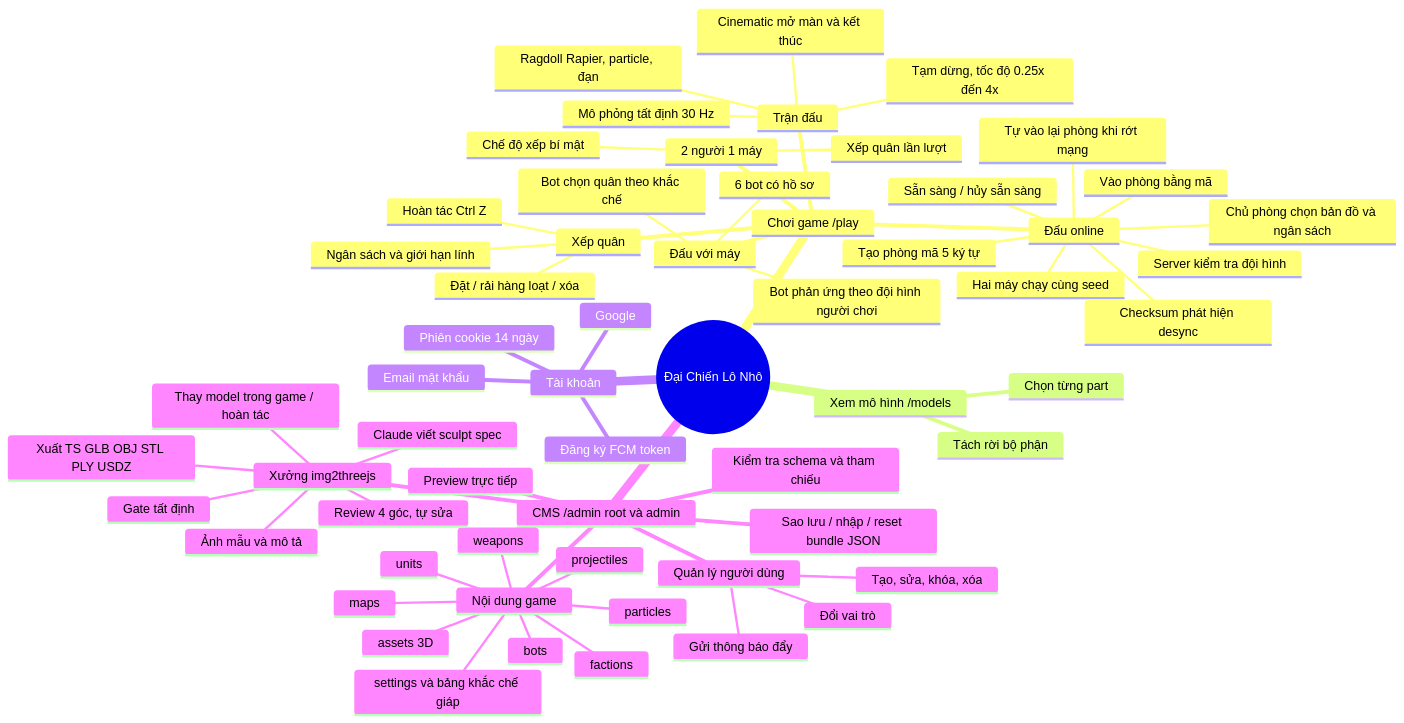
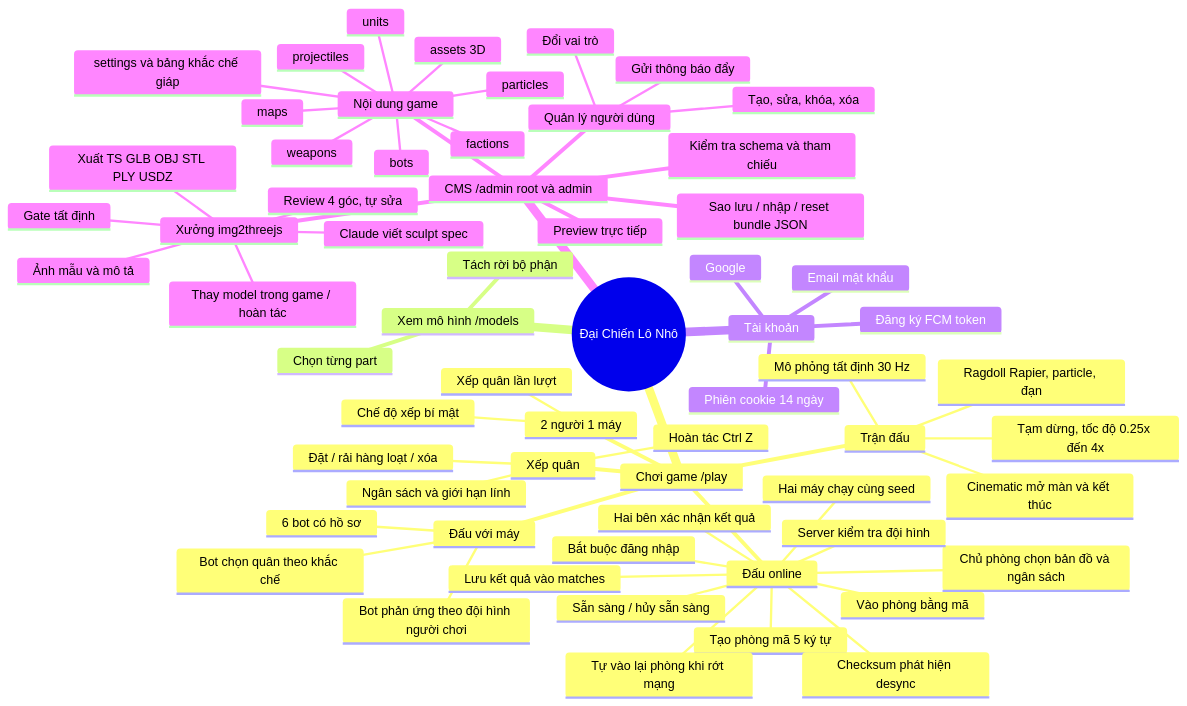
One commit to lualua0909/simulator-battle-webgame changed the second of 10 diagrams in docs/ARCHITECTURE.md. Above: the diagram before and after it, drawn with Mermaid. The commit also changed other lines of this file and 11 other files, not shown here.

````diff
--- a/docs/ARCHITECTURE.md
+++ b/docs/ARCHITECTURE.md
@@ -70,63 +72,66 @@
 ```mermaid
 mindmap
   root((Đại Chiến Lô Nhô))
     Chơi game /play
       Đấu với máy
         6 bot có hồ sơ
         Bot chọn quân theo khắc chế
         Bot phản ứng theo đội hình người chơi
       2 người 1 máy
         Xếp quân lần lượt
         Chế độ xếp bí mật
       Đấu online
+        Bắt buộc đăng nhập
         Tạo phòng mã 5 ký tự
         Vào phòng bằng mã
         Chủ phòng chọn bản đồ và ngân sách
         Sẵn sàng / hủy sẵn sàng
         Server kiểm tra đội hình
         Hai máy chạy cùng seed
         Checksum phát hiện desync
+        Hai bên xác nhận kết quả
+        Lưu kết quả vào matches
         Tự vào lại phòng khi rớt mạng
       Xếp quân
         Đặt / rải hàng loạt / xóa
         Hoàn tác Ctrl Z
         Ngân sách và giới hạn lính
       Trận đấu
         Mô phỏng tất định 30 Hz
         Tạm dừng, tốc độ 0.25x đến 4x
         Ragdoll Rapier, particle, đạn
         Cinematic mở màn và kết thúc
     Xem mô hình /models
       Tách rời bộ phận
       Chọn từng part
     Tài khoản
       Email mật khẩu
       Google
       Phiên cookie 14 ngày
       Đăng ký FCM token
     CMS /admin root và admin
       Nội dung game
         factions
         units
         weapons
         projectiles
         particles
         assets 3D
         maps
         bots
         settings và bảng khắc chế giáp
       Kiểm tra schema và tham chiếu
       Preview trực tiếp
       Sao lưu / nhập / reset bundle JSON
       Quản lý người dùng
         Tạo, sửa, khóa, xóa
         Đổi vai trò
         Gửi thông báo đẩy
       Xưởng img2threejs
         Ảnh mẫu và mô tả
         Claude viết sculpt spec
         Gate tất định
         Review 4 góc, tự sửa
         Xuất TS GLB OBJ STL PLY USDZ
         Thay model trong game / hoàn tác
 ```
````
